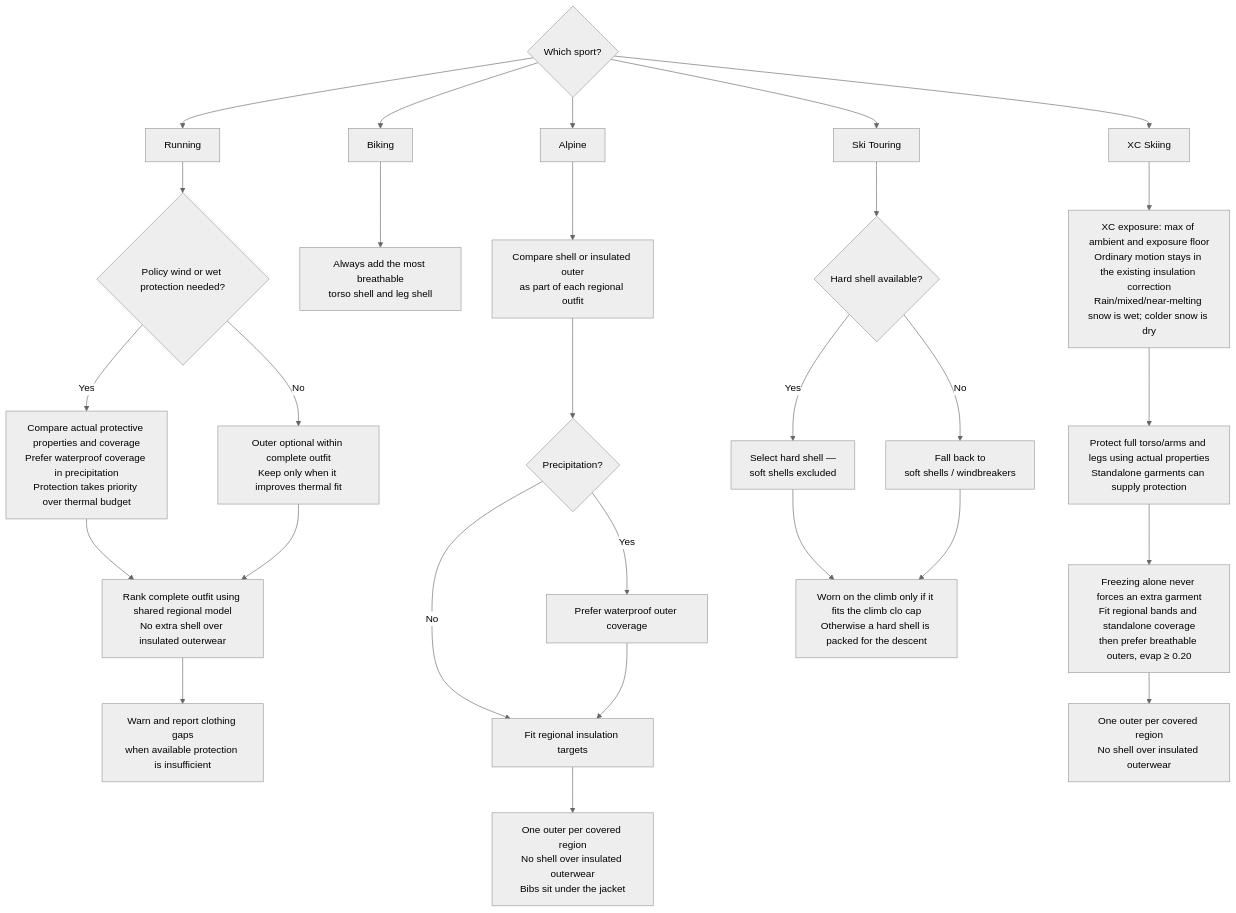
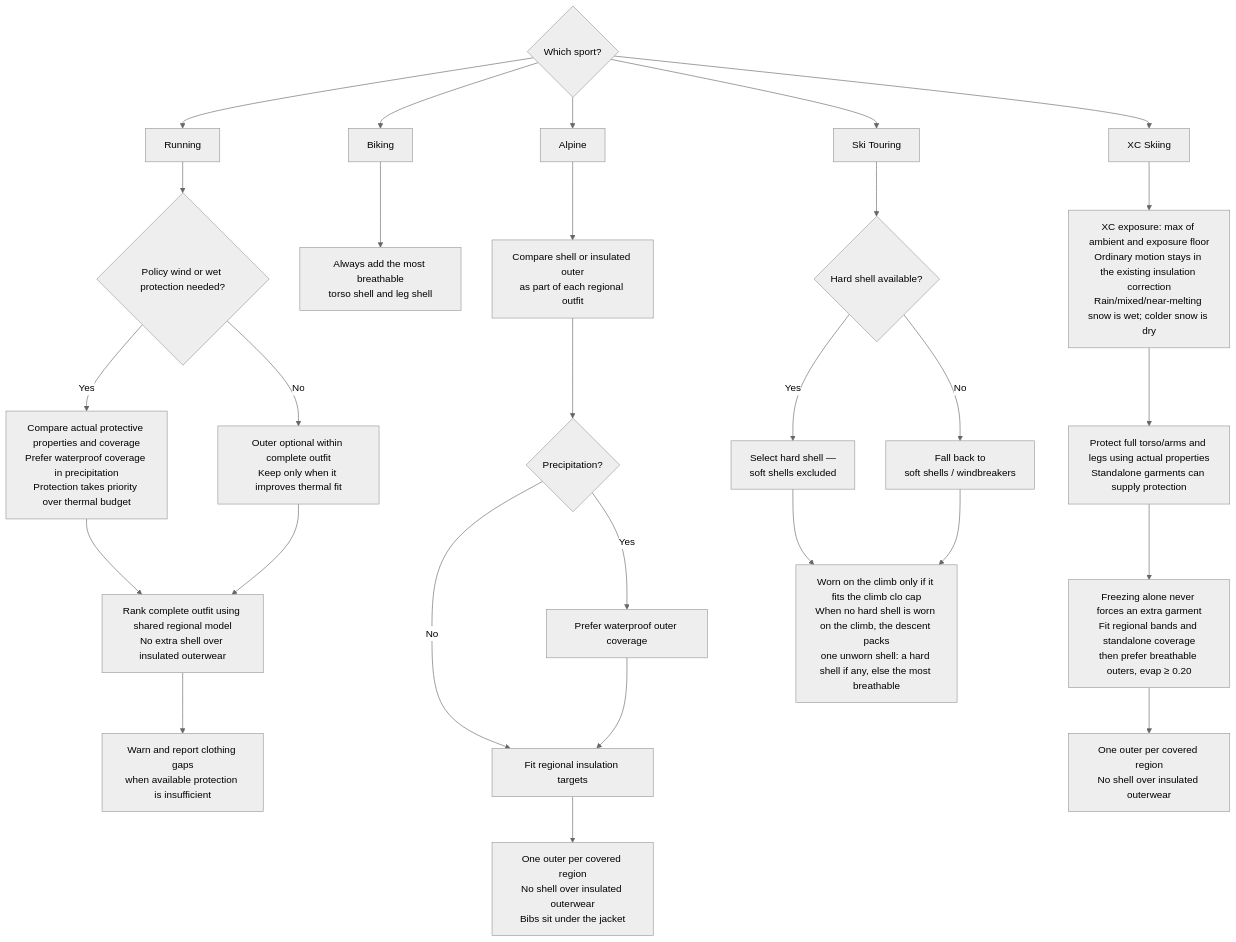
The fifth of 7 diagrams in README.md (derobertsw/swttr), drawn with Mermaid (neutral theme) before and after one commit. The commit also changed other lines of this file and 1 other file, not shown here.

First line of the commit message:
Address review: qualify builder, shell and headwear rules; keep #67 and the multi-model step open

````diff
--- a/README.md
+++ b/README.md
@@ -240,35 +240,35 @@
 ```mermaid
 graph TD
     START{Which sport?} --> RUN[Running]
     START --> BIKE[Biking]
     START --> ALP[Alpine]
     START --> XC[XC Skiing]
     START --> TOUR[Ski Touring]
 
     RUN --> RCHECK{Policy wind or wet protection needed?}
     RCHECK -->|Yes| RPROTECT[Compare actual protective properties and coverage<br/>Prefer waterproof coverage in precipitation<br/>Protection takes priority over thermal budget]
     RCHECK -->|No| ROPT[Outer optional within complete outfit<br/>Keep only when it improves thermal fit]
     RPROTECT --> RRANK[Rank complete outfit using shared regional model<br/>No extra shell over insulated outerwear]
     ROPT --> RRANK
     RRANK --> RGAP[Warn and report clothing gaps<br/>when available protection is insufficient]
 
     BIKE --> BADD[Always add the most breathable<br/>torso shell and leg shell]
 
     ALP --> AOUT[Compare shell or insulated outer<br/>as part of each regional outfit]
     AOUT --> AWET{Precipitation?}
     AWET -->|Yes| AWP[Prefer waterproof outer coverage]
     AWET -->|No| ABUDGET[Fit regional insulation targets]
     AWP --> ABUDGET
     ABUDGET --> ACAP[One outer per covered region<br/>No shell over insulated outerwear<br/>Bibs sit under the jacket]
 
     XC --> XNEED[XC exposure: max of ambient and exposure floor<br/>Ordinary motion stays in the existing insulation correction<br/>Rain/mixed/near-melting snow is wet; colder snow is dry]
     XNEED --> XREQ[Protect full torso/arms and legs using actual properties<br/>Standalone garments can supply protection]
     XREQ --> XFIT[Freezing alone never forces an extra garment<br/>Fit regional bands and standalone coverage<br/>then prefer breathable outers, evap ≥ 0.20]
     XFIT --> XCAP[One outer per covered region<br/>No shell over insulated outerwear]
 
     TOUR --> THARD{Hard shell available?}
     THARD -->|Yes| THSEL[Select hard shell —<br/>soft shells excluded]
     THARD -->|No| TOTHER[Fall back to<br/>soft shells / windbreakers]
-    THSEL --> TCAP[Worn on the climb only if it fits the climb clo cap<br/>Otherwise a hard shell is packed for the descent]
+    THSEL --> TCAP[Worn on the climb only if it fits the climb clo cap<br/>When no hard shell is worn on the climb, the descent packs<br/>one unworn shell: a hard shell if any, else the most breathable]
     TOTHER --> TCAP
 ```
````
